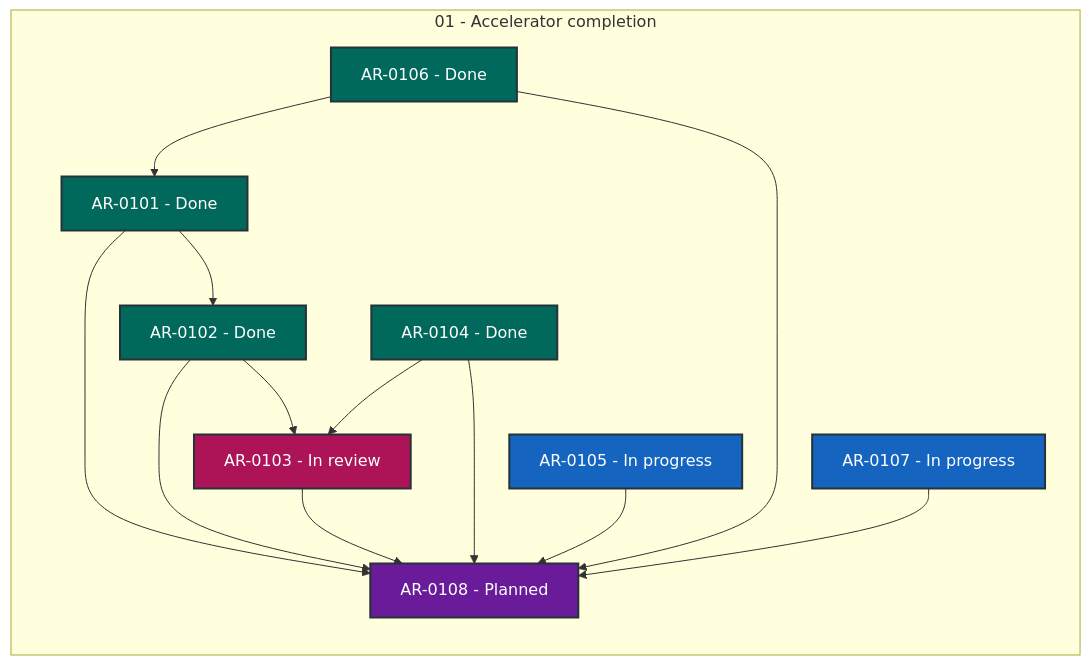
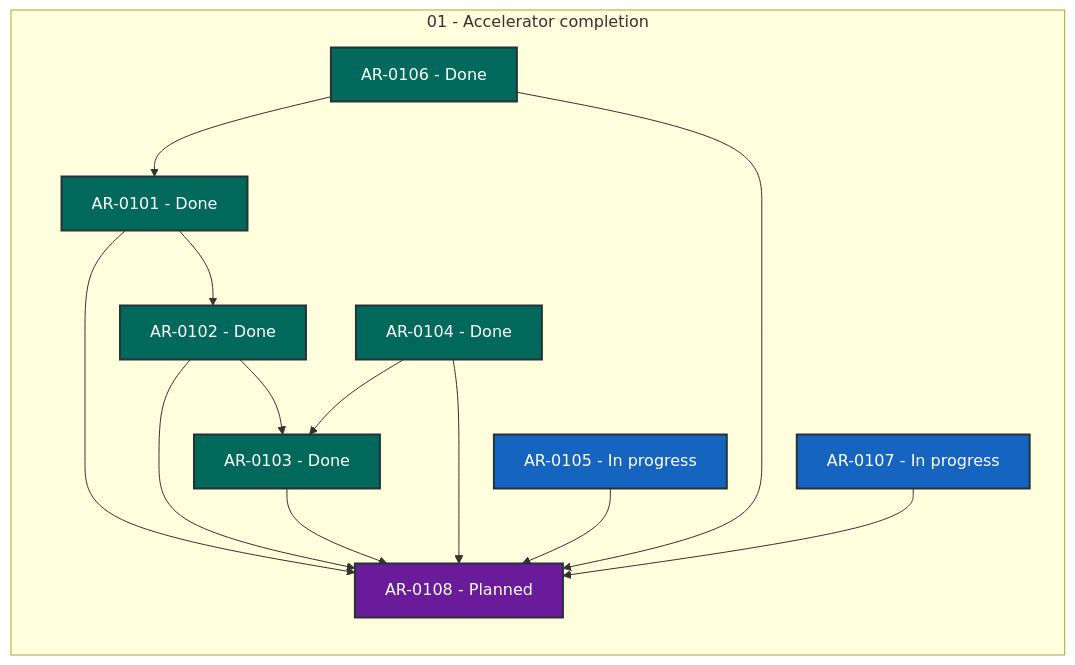
The diagram in coordination/STATUS.md (locutus3009/exgame), drawn with Mermaid before and after one commit. The commit also changed other lines of this file and 2 other files, not shown here.

Commit message:
chore(state): review AR-0103

````diff
--- a/coordination/STATUS.md
+++ b/coordination/STATUS.md
@@ -28,34 +28,34 @@
 ```mermaid
 flowchart LR
     subgraph series_01["01 - Accelerator completion"]
         direction TB
         AR_0101["AR-0101 - Done"]:::status_done
         AR_0102["AR-0102 - Done"]:::status_done
-        AR_0103["AR-0103 - In review"]:::status_in_review
+        AR_0103["AR-0103 - Done"]:::status_done
         AR_0104["AR-0104 - Done"]:::status_done
         AR_0105["AR-0105 - In progress"]:::status_in_progress
         AR_0106["AR-0106 - Done"]:::status_done
         AR_0107["AR-0107 - In progress"]:::status_in_progress
         AR_0108["AR-0108 - Planned"]:::status_planned
     end
     AR_0101 --> AR_0102
     AR_0101 --> AR_0108
     AR_0102 --> AR_0103
     AR_0102 --> AR_0108
     AR_0103 --> AR_0108
     AR_0104 --> AR_0103
     AR_0104 --> AR_0108
     AR_0105 --> AR_0108
     AR_0106 --> AR_0101
     AR_0106 --> AR_0108
     AR_0107 --> AR_0108
     classDef status_in_progress fill:#1565c0,color:#ffffff,stroke:#263238,stroke-width:2px
     classDef status_in_review fill:#ad1457,color:#ffffff,stroke:#263238,stroke-width:2px
     classDef status_open fill:#2e7d32,color:#ffffff,stroke:#263238,stroke-width:2px
     classDef status_blocked fill:#c62828,color:#ffffff,stroke:#263238,stroke-width:2px
     classDef status_planned fill:#6a1b9a,color:#ffffff,stroke:#263238,stroke-width:2px
     classDef status_future fill:#455a64,color:#ffffff,stroke:#263238,stroke-width:2px
     classDef status_done fill:#00695c,color:#ffffff,stroke:#263238,stroke-width:2px
     classDef status_cancelled fill:#616161,color:#ffffff,stroke:#263238,stroke-width:2px
     classDef status_superseded fill:#5d4037,color:#ffffff,stroke:#263238,stroke-width:2px
 ```
````
